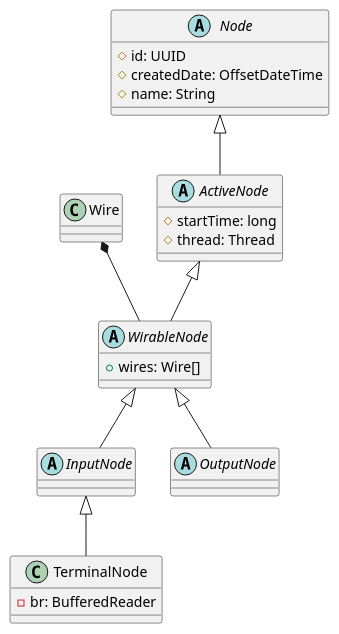
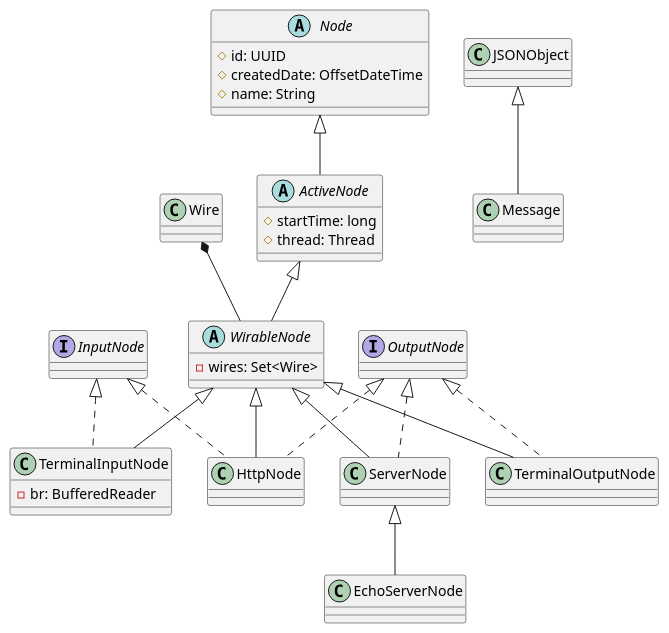
One commit to jki12/simple-node changed the diagram in preview.wsd. Above: the diagram before and after it, drawn with PlantUML. The commit also changed 21 other files, not shown here.

```diff
--- a/preview.wsd
+++ b/preview.wsd
@@ -1,40 +1,57 @@
 @startuml
 
 class Wire {
 }
 
 abstract class Node {
     #id: UUID
     #createdDate: OffsetDateTime
     #name: String
 }
 
 abstract class ActiveNode {
     #startTime: long
     #thread: Thread
 }
 
 abstract class WirableNode {
-    +wires: Wire[]
+    -wires: Set<Wire>
 }
 
-abstract class InputNode {
+interface InputNode {
 }
 
-abstract class OutputNode {
+interface OutputNode {
 }
 
-class TerminalNode {
+class TerminalInputNode {
     -br: BufferedReader
 }
 
+class ServerNode {
+}
+
+class HttpNode {
+}
+
+class Message {
+}
 
 Node <|-- ActiveNode
 ActiveNode <|-- WirableNode
-InputNode <|-- TerminalNode
-WirableNode <|-- InputNode
-WirableNode <|-- OutputNode
+InputNode <|.. TerminalInputNode
+OutputNode <|.. TerminalOutputNode
+WirableNode <|-- TerminalInputNode
+WirableNode <|-- TerminalOutputNode
+WirableNode <|-- ServerNode
+ServerNode <|-- EchoServerNode
+OutputNode <|.. ServerNode
+OutputNode <|.. HttpNode
+InputNode <|.. HttpNode
+
+JSONObject <|-- Message
+WirableNode <|-- HttpNode
 
 Wire *-- WirableNode
 
 @enduml
```
